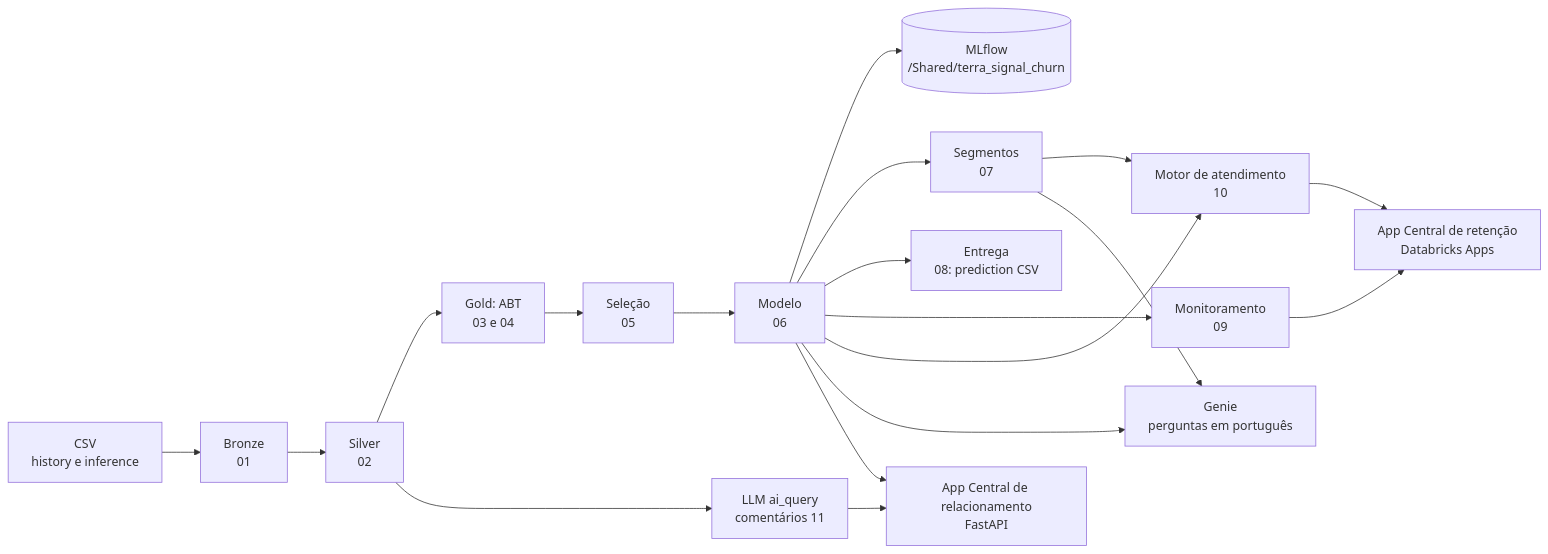
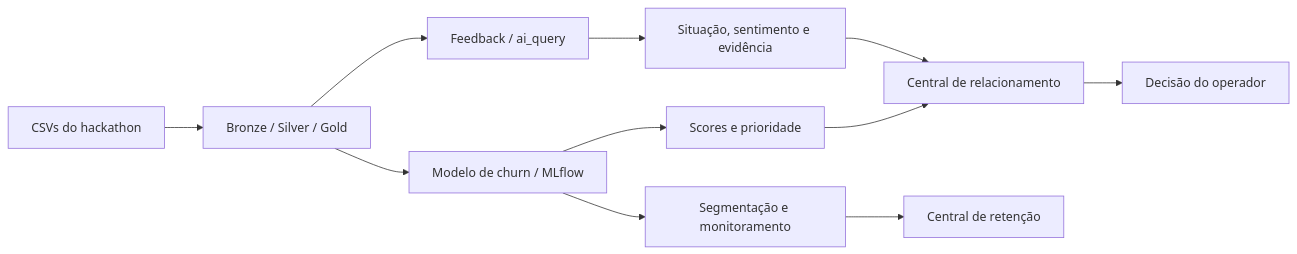
The diagram in README.md (lucasmenghi/Hackathon_Terra_Signal), drawn with Mermaid before and after one commit. The commit also changed other lines of this file and 14 other files, not shown here.

Commit message:
Organiza projeto e destaca apresentacao final Terra Signal

````diff
--- a/README.md
+++ b/README.md
@@ -41,21 +42,13 @@
 ```mermaid
 flowchart LR
-    A[CSV<br>history e inference] --> B[Bronze<br>01]
-    B --> C[Silver<br>02]
-    C --> D[Gold: ABT<br>03 e 04]
-    D --> E[Seleção<br>05]
-    E --> F[Modelo<br>06]
-    F --> G[(MLflow<br>/Shared/terra_signal_churn)]
-    F --> H[Segmentos<br>07]
-    F --> I[Entrega<br>08: prediction CSV]
-    F --> J[Monitoramento<br>09]
-    F --> K[Motor de atendimento<br>10]
-    H --> K
-    J --> L[App Central de retenção<br>Databricks Apps]
-    K --> L
-    F --> M[Genie<br>perguntas em português]
-    H --> M
-    C --> N[LLM ai_query<br>comentários 11]
-    F --> R[App Central de relacionamento<br>FastAPI]
-    N --> R
+    A[CSVs do hackathon] --> B[Bronze / Silver / Gold]
+    B --> C[Modelo de churn / MLflow]
+    B --> D[Feedback / ai_query]
+    C --> E[Scores e prioridade]
+    D --> F[Situação, sentimento e evidência]
+    E --> G[Central de relacionamento]
+    F --> G
+    G --> H[Decisão do operador]
+    C --> I[Segmentação e monitoramento]
+    I --> J[Central de retenção]
 ```
````
